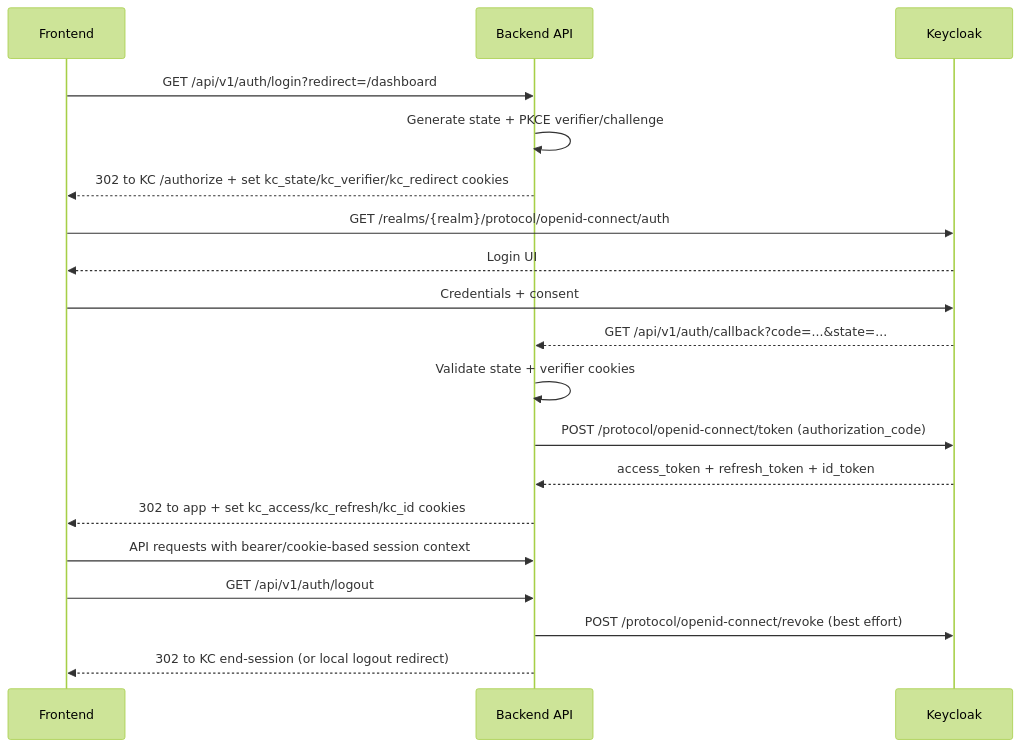
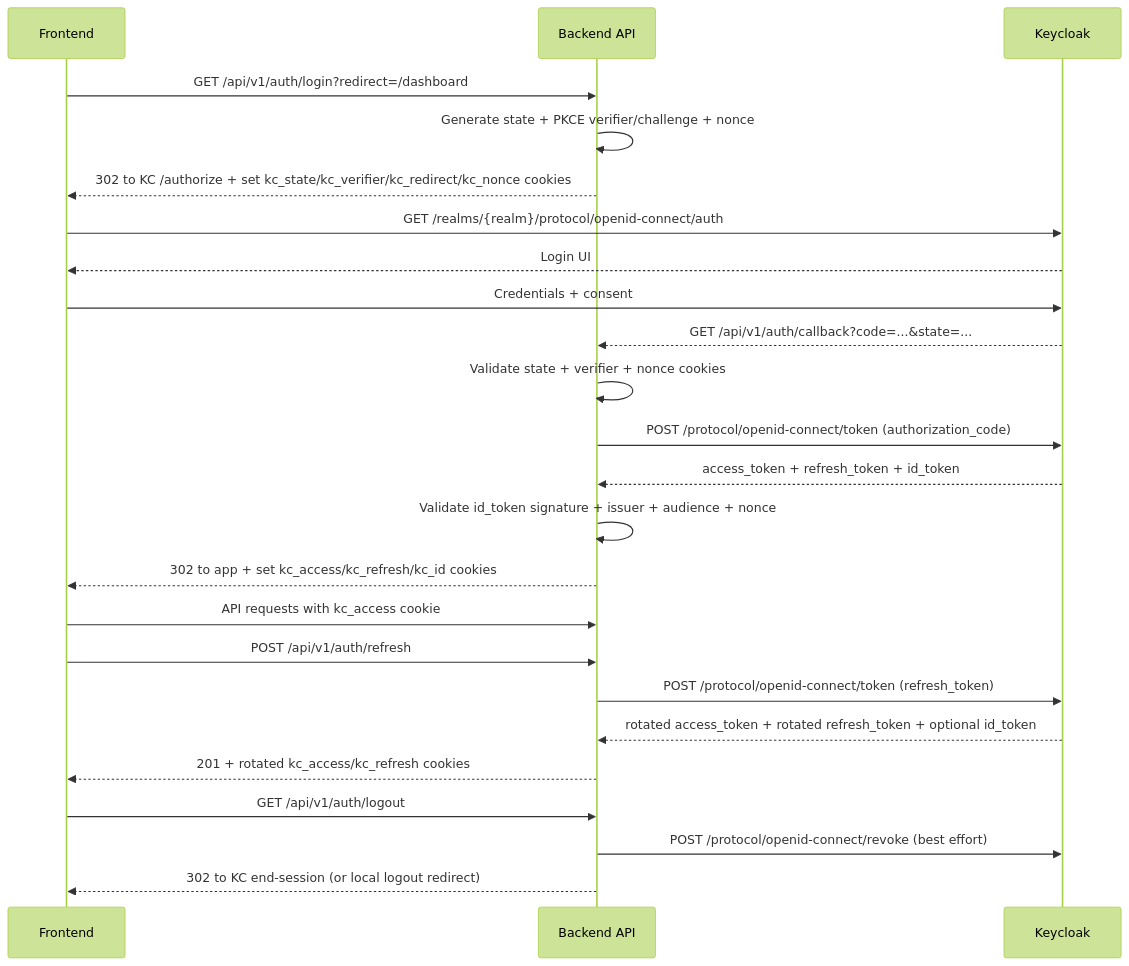
The diagram in apps/api/README.md (blih-tech/BLIH-Business-Lifecycle-Integrated-Hub-sys), drawn with Mermaid (forest theme) before and after one commit. The commit also changed other lines of this file and 21 other files, not shown here.

````diff
--- a/apps/api/README.md
+++ b/apps/api/README.md
@@ -300,26 +320,32 @@
 ```mermaid
 sequenceDiagram
     participant FE as Frontend
     participant API as Backend API
     participant KC as Keycloak
 
     FE->>API: GET /api/v1/auth/login?redirect=/dashboard
-    API->>API: Generate state + PKCE verifier/challenge
-    API-->>FE: 302 to KC /authorize + set kc_state/kc_verifier/kc_redirect cookies
+    API->>API: Generate state + PKCE verifier/challenge + nonce
+    API-->>FE: 302 to KC /authorize + set kc_state/kc_verifier/kc_redirect/kc_nonce cookies
 
     FE->>KC: GET /realms/{realm}/protocol/openid-connect/auth
     KC-->>FE: Login UI
     FE->>KC: Credentials + consent
     KC-->>API: GET /api/v1/auth/callback?code=...&state=...
 
-    API->>API: Validate state + verifier cookies
+    API->>API: Validate state + verifier + nonce cookies
     API->>KC: POST /protocol/openid-connect/token (authorization_code)
     KC-->>API: access_token + refresh_token + id_token
+    API->>API: Validate id_token signature + issuer + audience + nonce
     API-->>FE: 302 to app + set kc_access/kc_refresh/kc_id cookies
 
-    FE->>API: API requests with bearer/cookie-based session context
+    FE->>API: API requests with kc_access cookie
+
+    FE->>API: POST /api/v1/auth/refresh
+    API->>KC: POST /protocol/openid-connect/token (refresh_token)
+    KC-->>API: rotated access_token + rotated refresh_token + optional id_token
+    API-->>FE: 201 + rotated kc_access/kc_refresh cookies
 
     FE->>API: GET /api/v1/auth/logout
     API->>KC: POST /protocol/openid-connect/revoke (best effort)
     API-->>FE: 302 to KC end-session (or local logout redirect)
 ```
````
